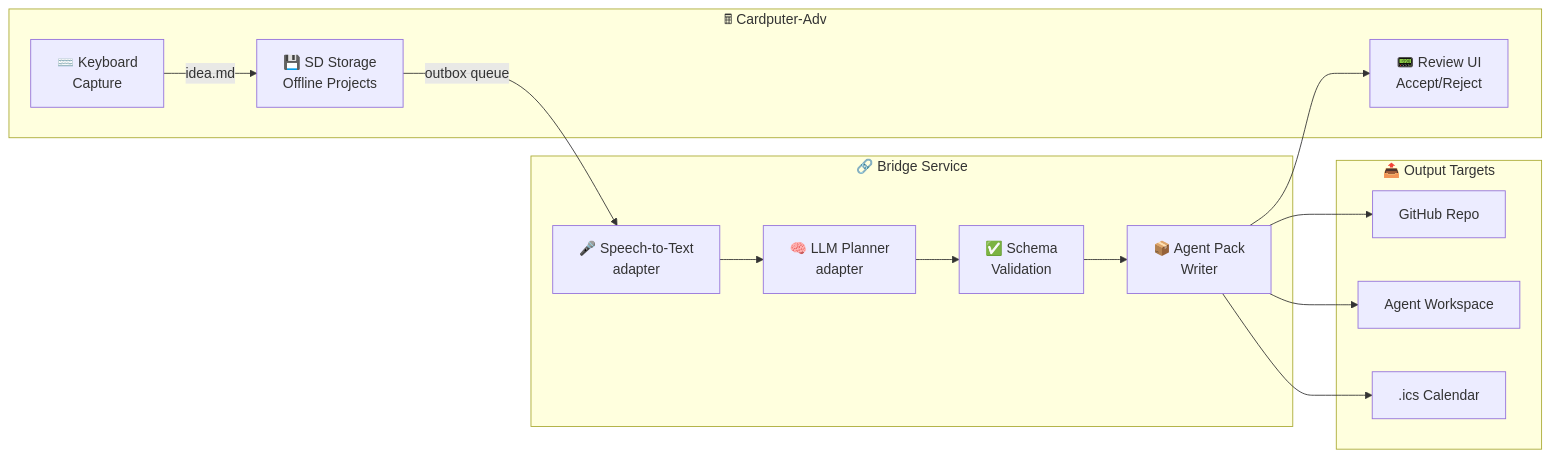
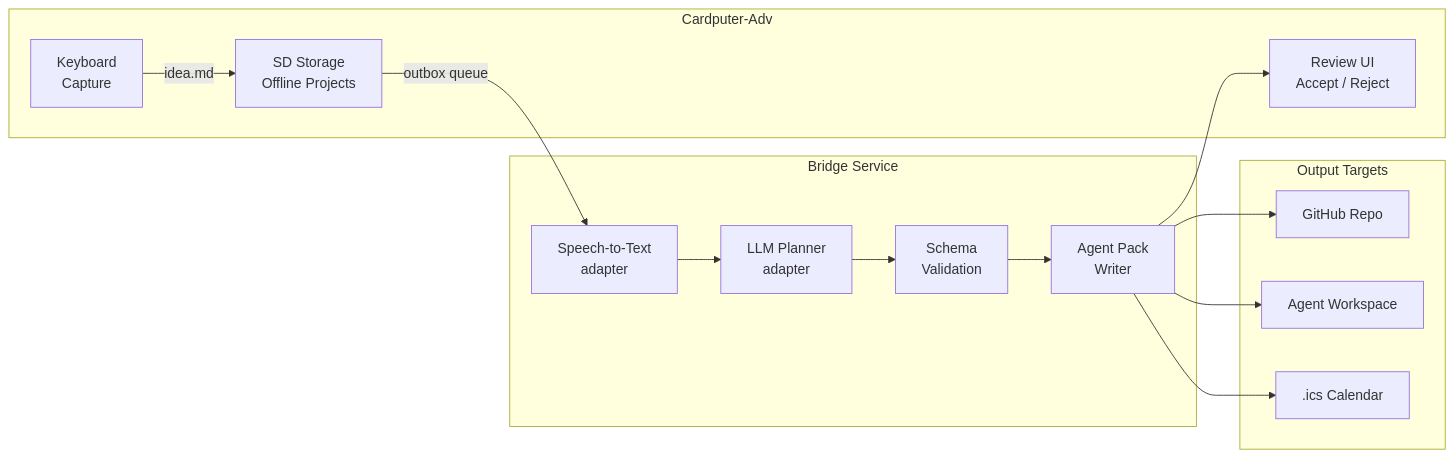
One commit to NaustudentX18/m5-cardputer-adv changed the diagram in README.md. Above: the diagram before and after it, drawn with Mermaid. The commit also changed other lines of this file, not shown here.

````diff
--- a/README.md
+++ b/README.md
@@ -27,31 +32,31 @@
 ```mermaid
 flowchart LR
-    subgraph Pocket["🖩 Cardputer-Adv"]
-        KB[⌨️ Keyboard<br/>Capture]
-        SD[💾 SD Storage<br/>Offline Projects]
-        UI[📟 Review UI<br/>Accept/Reject]
+    subgraph Pocket["Cardputer-Adv"]
+        KB["Keyboard<br/>Capture"]
+        SD["SD Storage<br/>Offline Projects"]
+        UI["Review UI<br/>Accept / Reject"]
     end
 
-    subgraph Bridge["🔗 Bridge Service"]
-        STT[🎤 Speech-to-Text<br/>adapter]
-        PLAN[🧠 LLM Planner<br/>adapter]
-        VAL[✅ Schema<br/>Validation]
-        EXP[📦 Agent Pack<br/>Writer]
+    subgraph Bridge["Bridge Service"]
+        STT["Speech-to-Text<br/>adapter"]
+        PLAN["LLM Planner<br/>adapter"]
+        VAL["Schema<br/>Validation"]
+        EXP["Agent Pack<br/>Writer"]
     end
 
-    subgraph Output["📤 Output Targets"]
-        GH[GitHub Repo]
-        WS[Agent Workspace]
-        CAL[.ics Calendar]
+    subgraph Output["Output Targets"]
+        GH["GitHub Repo"]
+        WS["Agent Workspace"]
+        CAL[".ics Calendar"]
     end
 
     KB -->|"idea.md"| SD
     SD -->|"outbox queue"| STT
     STT --> PLAN
     PLAN --> VAL
     VAL --> EXP
     EXP --> UI
     EXP --> GH
     EXP --> WS
     EXP --> CAL
 ```
````
